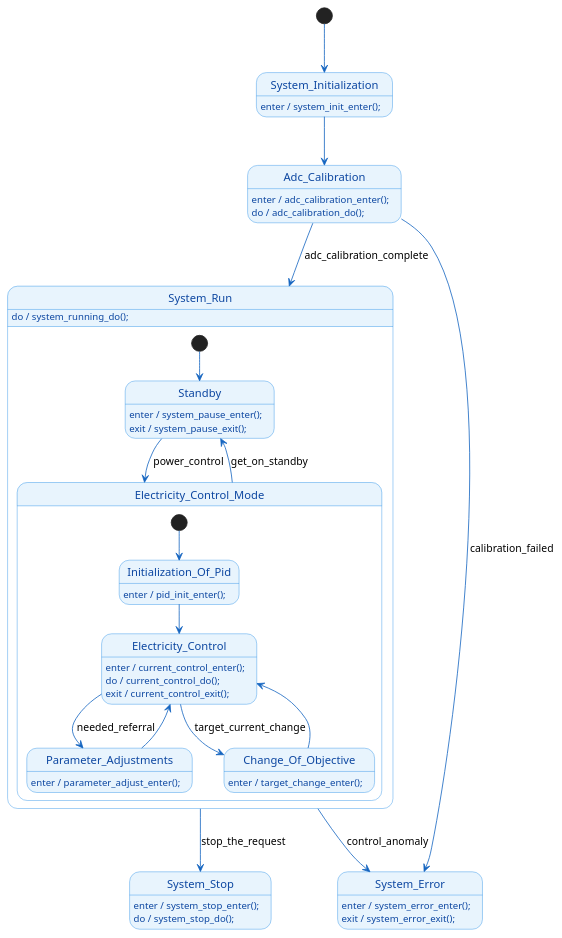
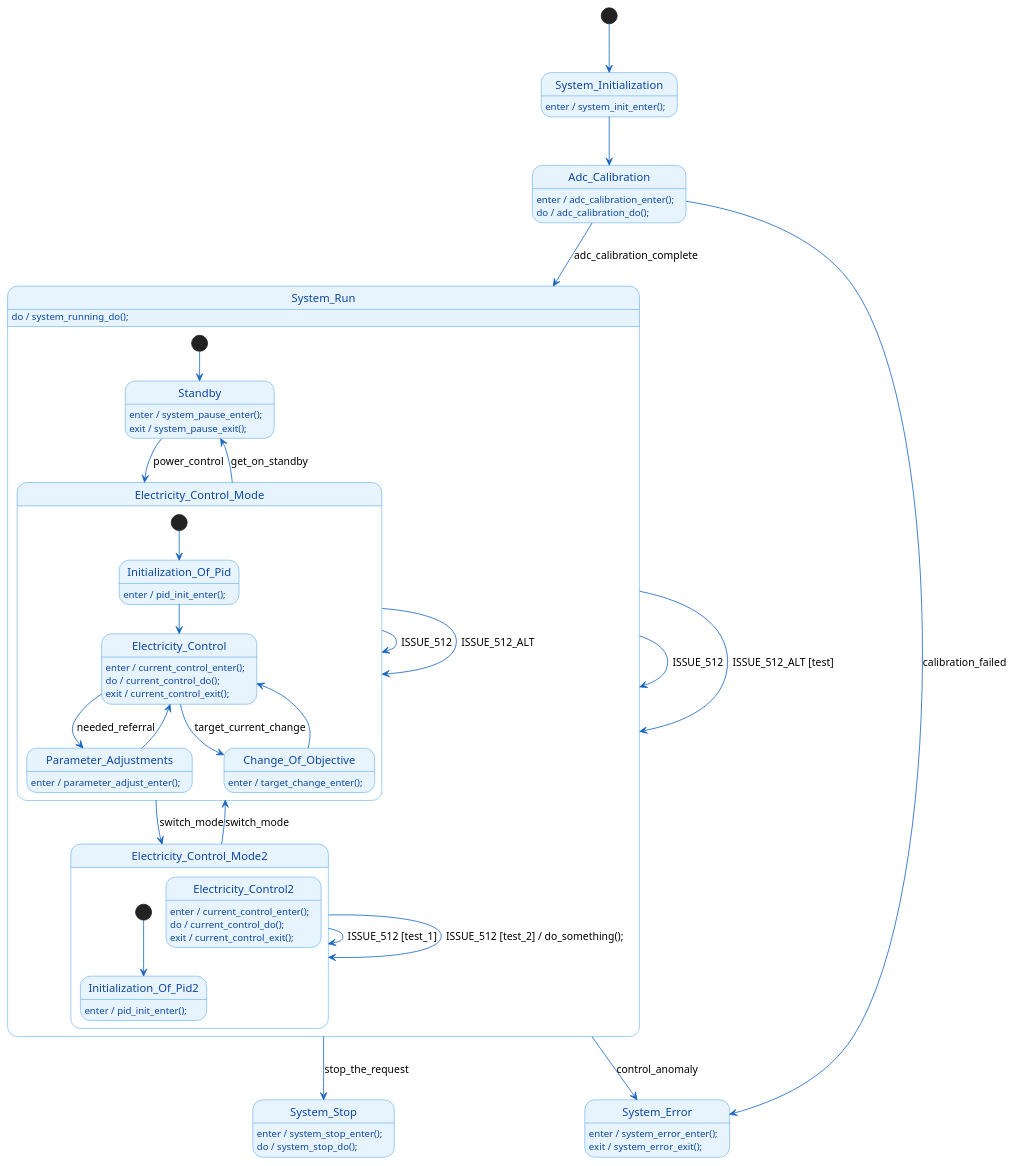
One commit to StateSmith/StateSmith changed the diagram in src/StateSmithTest/Output/Sim/diagrams/electromagnet.puml. Above: the diagram before and after it, drawn with PlantUML. The commit also changed 13 other files, not shown here.

Commit message:
fix lib - simulator - mermaid bug with parent self transitions. Closes #512

```diff
--- a/src/StateSmithTest/Output/Sim/diagrams/electromagnet.puml
+++ b/src/StateSmithTest/Output/Sim/diagrams/electromagnet.puml
@@ -1,98 +1,128 @@
 @startuml electromagnet
 
 
 skinparam backgroundColor #FFFFFF
 skinparam state {
   BackgroundColor #E8F4FD
   BorderColor #1E88E5
   ArrowColor #1565C0
   FontColor #0D47A1
 }
 
 [*] --> System_Initialization
 
 state System_Initialization {
   System_Initialization : enter / system_init_enter();
 }
 
 state Adc_Calibration {
   Adc_Calibration : enter / adc_calibration_enter();
   Adc_Calibration : do / adc_calibration_do();
 }
 
 state System_Run {
   System_Run : do / system_running_do();
   
   [*] --> Standby
   
   state Electricity_Control_Mode {
     [*] --> Initialization_Of_Pid
     
     state Initialization_Of_Pid {
       Initialization_Of_Pid : enter / pid_init_enter();
     }
     
     state Electricity_Control {
       Electricity_Control : enter / current_control_enter();
       Electricity_Control : do / current_control_do();
       Electricity_Control : exit / current_control_exit();
     }
     
     state Parameter_Adjustments {
       Parameter_Adjustments : enter / parameter_adjust_enter();
     }
     
     state Change_Of_Objective {
       Change_Of_Objective : enter / target_change_enter();
     }
     
     Initialization_Of_Pid --> Electricity_Control
     Electricity_Control --> Parameter_Adjustments : needed_referral
     Electricity_Control --> Change_Of_Objective : target_current_change
     Parameter_Adjustments --> Electricity_Control
     Change_Of_Objective --> Electricity_Control 
   }
+
+  ' duplicate for https://github.com/StateSmith/StateSmith/issues/512 testing
+  ' we ideally want to see counts reset for each affected state
+  state Electricity_Control_Mode2 {
+    [*] --> Initialization_Of_Pid2
+    
+    state Initialization_Of_Pid2 {
+      Initialization_Of_Pid2 : enter / pid_init_enter();
+    }
+    
+    state Electricity_Control2 {
+      Electricity_Control2 : enter / current_control_enter();
+      Electricity_Control2 : do / current_control_do();
+      Electricity_Control2 : exit / current_control_exit();
+    }
+  }
   
   state Standby {
     Standby : enter / system_pause_enter();
     Standby : exit / system_pause_exit();
   }
   
   Electricity_Control_Mode --> Standby : get_on_standby
   Standby --> Electricity_Control_Mode : power_control
 }
 
 state System_Error {
   System_Error : enter / system_error_enter();
   System_Error : exit / system_error_exit();
 }
 
 state System_Stop {
   System_Stop : enter / system_stop_enter();
   System_Stop : do / system_stop_do();
 }
 
 ' State_Conversion
 System_Initialization --> Adc_Calibration
 Adc_Calibration --> System_Run : adc_calibration_complete
 Adc_Calibration --> System_Error : calibration_failed
 System_Run --> System_Error : control_anomaly
 System_Run --> System_Stop : stop_the_request
 
+' See https://github.com/StateSmith/StateSmith/issues/512
+' System_Run does not cause an issue because it is not nested.
+System_Run --> System_Run : ISSUE_512
+System_Run --> System_Run : ISSUE_512_ALT [test]
+'
+Electricity_Control_Mode --> Electricity_Control_Mode : ISSUE_512
+Electricity_Control_Mode --> Electricity_Control_Mode : ISSUE_512_ALT
+'
+Electricity_Control_Mode2 --> Electricity_Control_Mode2 : ISSUE_512 [test_1]
+Electricity_Control_Mode2 --> Electricity_Control_Mode2 : ISSUE_512 [test_2] / do_something();
+'
+Electricity_Control_Mode --> Electricity_Control_Mode2 : switch_mode
+Electricity_Control_Mode2 --> Electricity_Control_Mode : switch_mode
+
 '######################## StateSmith config ########################
 ' The below special comment block sets the StateSmith configuration.
 ' More info: https://github.com/StateSmith/StateSmith/issues/335
 ' Feel free to remove or modify it as needed.
 
 /'! $CONFIG : toml
 
 [RenderConfig.C]
 CFileExtension = ".c"
 CFileIncludes = """
     #include "electromagnet_state_machine.h"
     """
 [SmRunnerSettings]
 transpilerId = "C99"
 '/
 
 @enduml 
```
